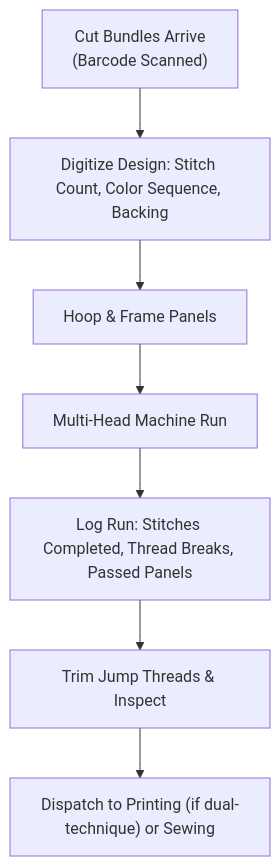
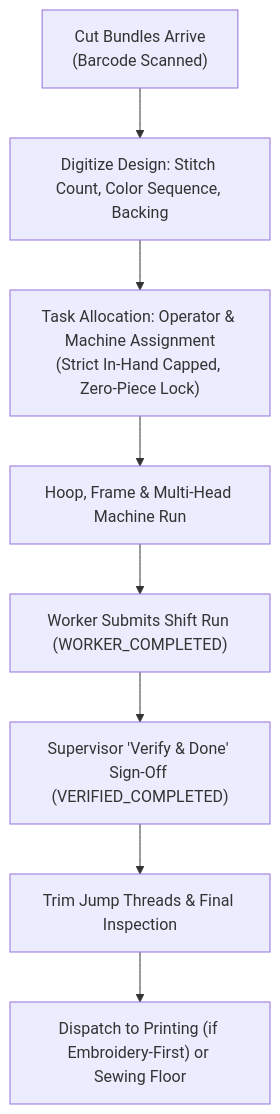
The seventh of 14 diagrams in docs_logic/Zigza_v2.md (Nubi-sync/nubira-web-admin), drawn with Mermaid before and after one commit. The commit also changed other lines of this file and 12 other files, not shown here.

Commit message:
docs: add comprehensive backend architecture specifications, portal guides, and enterprise business logic manuals

````diff
--- a/docs_logic/Zigza_v2.md
+++ b/docs_logic/Zigza_v2.md
@@ -381,9 +383,10 @@
 ```mermaid
 flowchart TD
     A["Cut Bundles Arrive\n(Barcode Scanned)"] --> B["Digitize Design: Stitch Count, Color Sequence, Backing"]
-    B --> C["Hoop & Frame Panels"]
-    C --> D["Multi-Head Machine Run"]
-    D --> E["Log Run: Stitches Completed, Thread Breaks, Passed Panels"]
-    E --> F["Trim Jump Threads & Inspect"]
-    F --> G["Dispatch to Printing (if dual-technique) or Sewing"]
+    B --> C["Task Allocation: Operator & Machine Assignment\n(Strict In-Hand Capped, Zero-Piece Lock)"]
+    C --> D["Hoop, Frame & Multi-Head Machine Run"]
+    D --> E["Worker Submits Shift Run (WORKER_COMPLETED)"]
+    E --> F["Supervisor 'Verify & Done' Sign-Off (VERIFIED_COMPLETED)"]
+    F --> G["Trim Jump Threads & Final Inspection"]
+    G --> H["Dispatch to Printing (if Embroidery-First) or Sewing Floor"]
 ```
````
